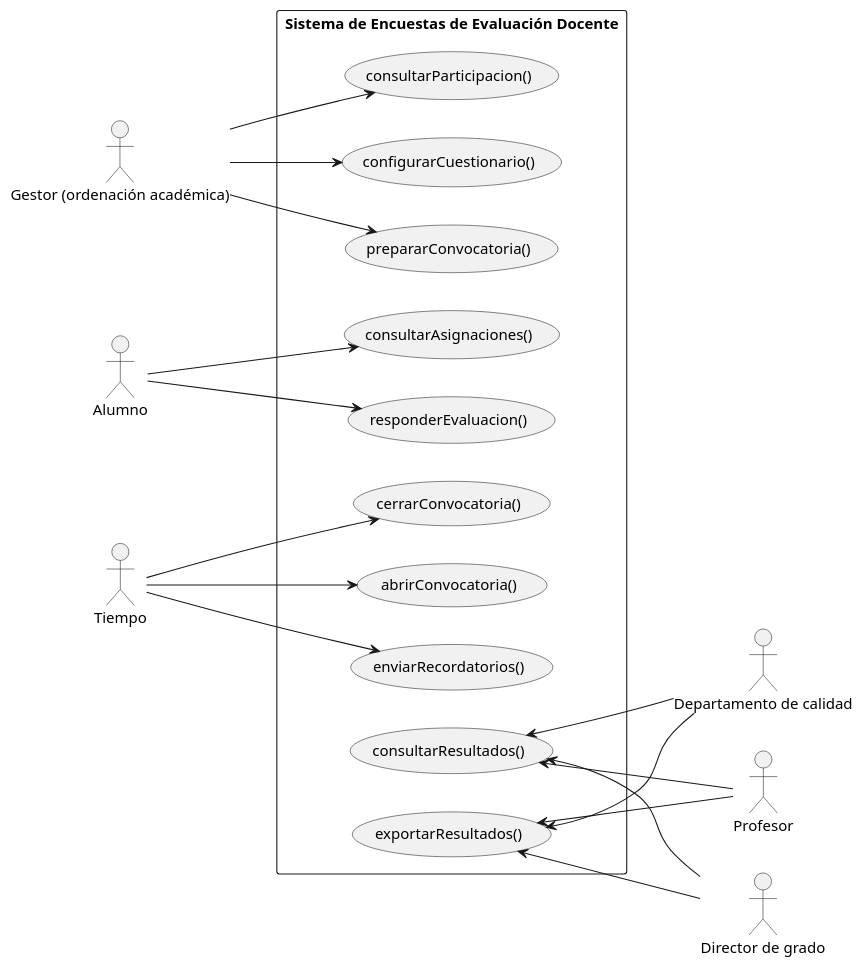
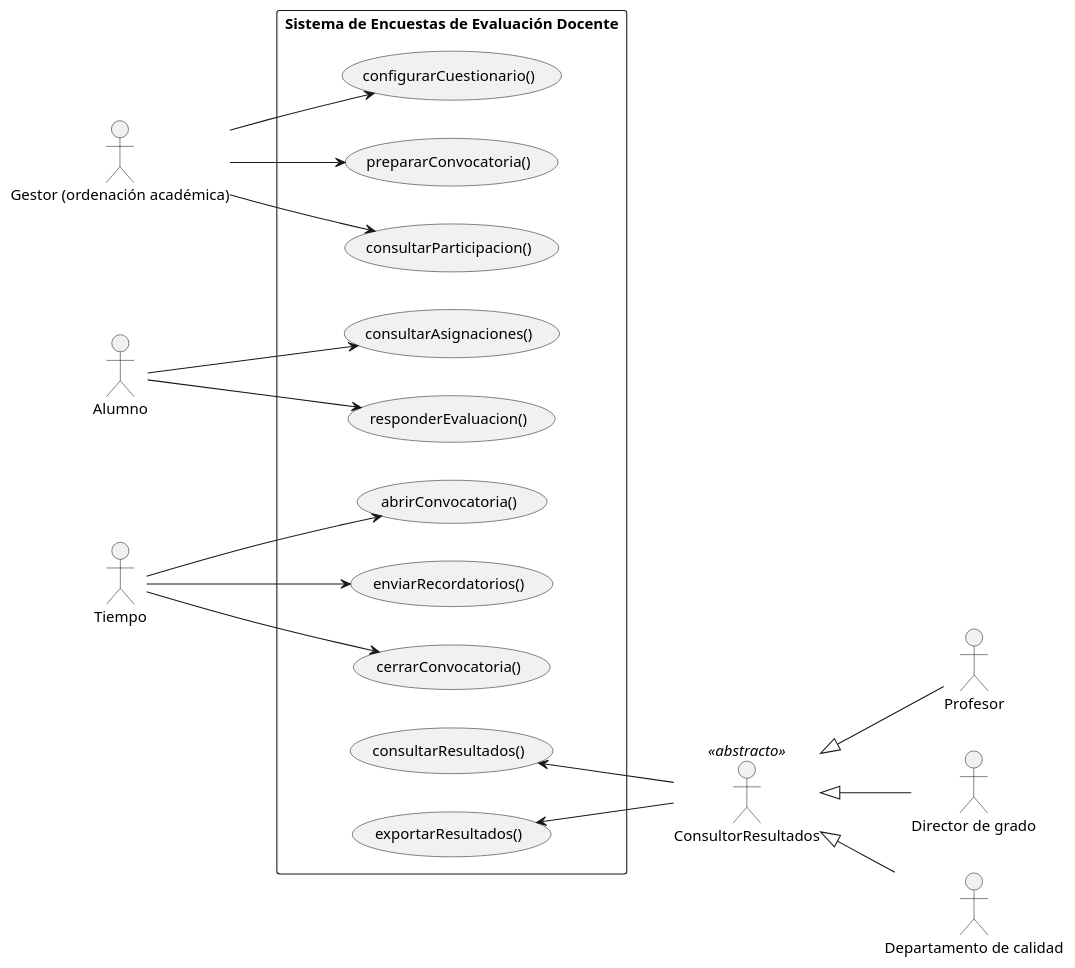
One commit to Raultascon/26-27-IdSw1-SDR changed the diagram in documentos/casos-uso/diagramas/actoresCasosUso.puml. Above: the diagram before and after it, drawn with PlantUML. The commit also changed 6 other files, not shown here.

First line of the commit message:
refactor(cu): unifica diagrama y añade actor abstracto ConsultorResultados [refs #22]

```diff
--- a/documentos/casos-uso/diagramas/actoresCasosUso.puml
+++ b/documentos/casos-uso/diagramas/actoresCasosUso.puml
@@ -1,44 +1,43 @@
 @startuml actoresCasosUso
 left to right direction
 
 actor "Gestor (ordenación académica)" as Gestor
 actor "Alumno" as Alumno
 actor "Tiempo" as Tiempo
 
 rectangle "Sistema de Encuestas de Evaluación Docente" {
   usecase configurarCuestionario as "configurarCuestionario()"
   usecase prepararConvocatoria as "prepararConvocatoria()"
   usecase consultarParticipacion as "consultarParticipacion()"
   usecase consultarAsignaciones as "consultarAsignaciones()"
   usecase responderEvaluacion as "responderEvaluacion()"
   usecase abrirConvocatoria as "abrirConvocatoria()"
   usecase enviarRecordatorios as "enviarRecordatorios()"
   usecase cerrarConvocatoria as "cerrarConvocatoria()"
   usecase consultarResultados as "consultarResultados()"
   usecase exportarResultados as "exportarResultados()"
 }
 
+actor "ConsultorResultados" as ConsultorResultados <<abstracto>>
 actor "Profesor" as Profesor
 actor "Director de grado" as DirectorGrado
 actor "Departamento de calidad" as Calidad
 
 Gestor --> configurarCuestionario
 Gestor --> prepararConvocatoria
 Gestor --> consultarParticipacion
 
 Alumno --> consultarAsignaciones
 Alumno --> responderEvaluacion
 
 Tiempo --> abrirConvocatoria
 Tiempo --> enviarRecordatorios
 Tiempo --> cerrarConvocatoria
 
-consultarResultados <-- Profesor
-exportarResultados <-- Profesor
+consultarResultados <-- ConsultorResultados
+exportarResultados <-- ConsultorResultados
 
-consultarResultados <-- DirectorGrado
-exportarResultados <-- DirectorGrado
-
-consultarResultados <-- Calidad
-exportarResultados <-- Calidad
+ConsultorResultados <|-- Profesor
+ConsultorResultados <|-- DirectorGrado
+ConsultorResultados <|-- Calidad
 @enduml
```
